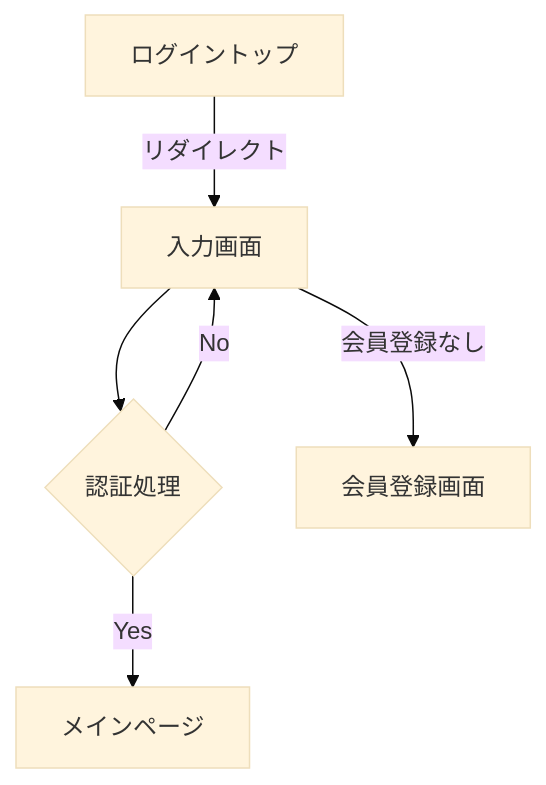
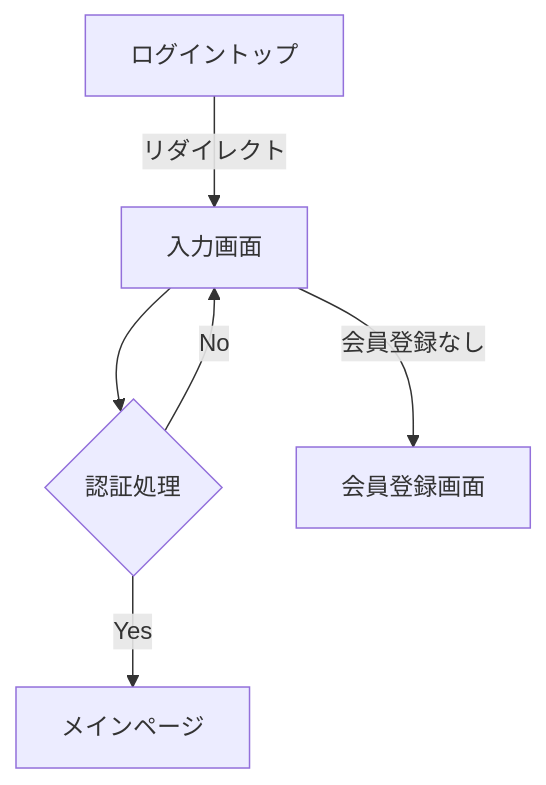
The diagram in docs/login.md (yse-yoo/my_tweet_2025_ig21), drawn with Mermaid before and after one commit. The commit also changed 3 other files, not shown here.

````diff
--- a/docs/login.md
+++ b/docs/login.md
@@ -1,11 +1,9 @@
 ```mermaid
-%%{init:{'theme':'base'}}%%
-
 flowchart TD
     A[ログイントップ] 
     A -- リダイレクト --> B[入力画面]
     B --> C{認証処理}
     C -- Yes --> D[メインページ]
     C -- No --> B
     B -- 会員登録なし --> E[会員登録画面]
 ```
````
